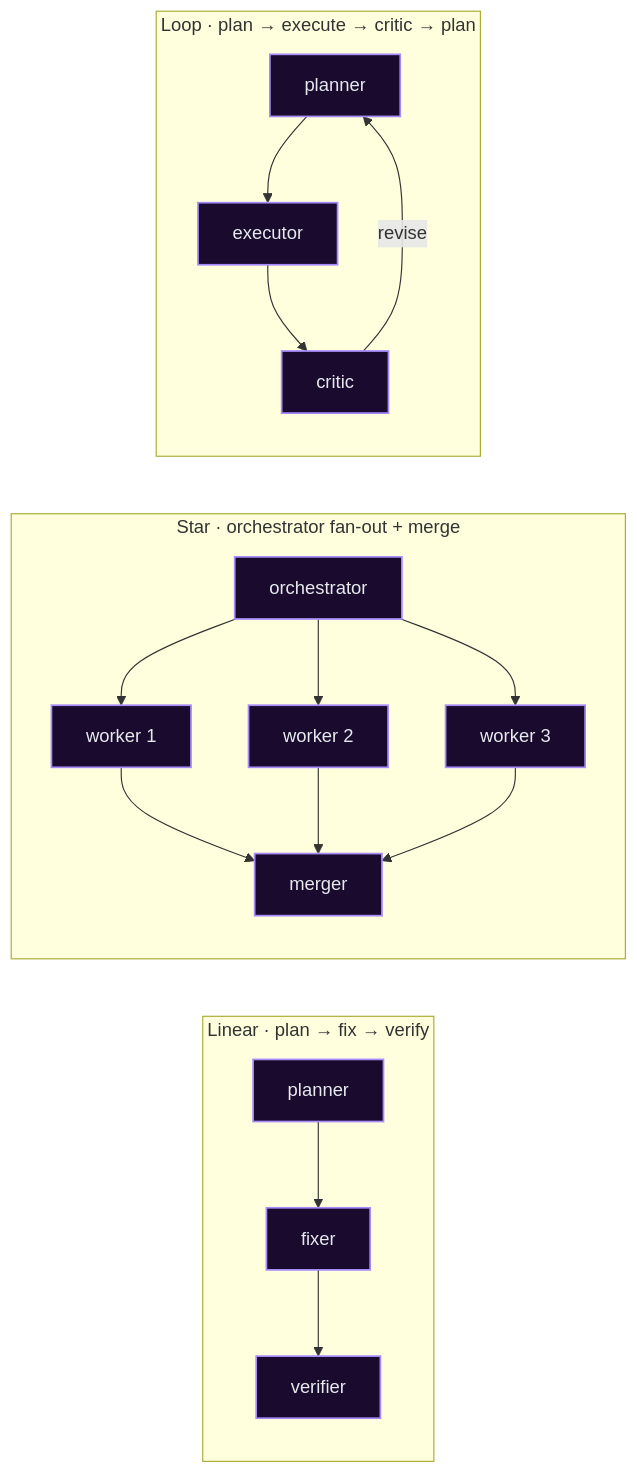
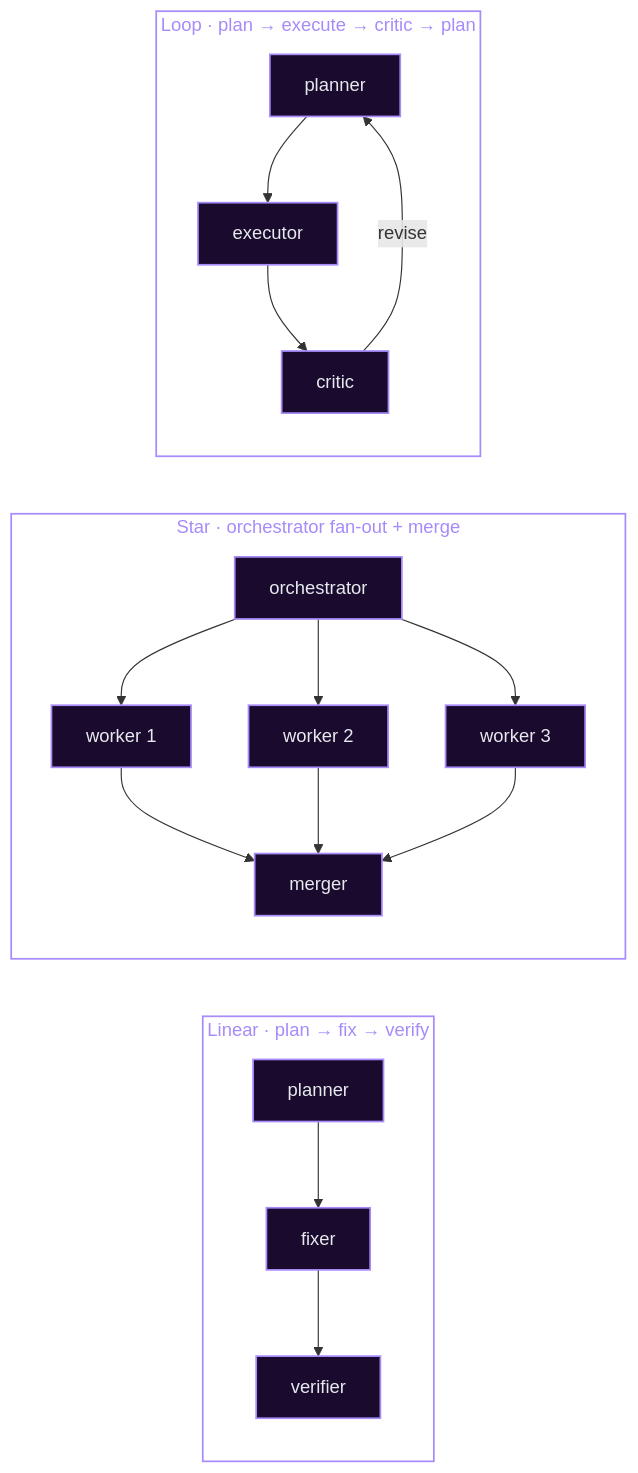
The third of 3 diagrams in README.md (AllStreets/SMADP), drawn with Mermaid before and after one commit. The commit also changed other lines of this file, not shown here.

First line of the commit message:
fix(readme): transparent mermaid subgraph backgrounds

````diff
--- a/README.md
+++ b/README.md
@@ -272,23 +280,28 @@
 ```mermaid
 graph LR
   classDef agent fill:#1a0b2e,stroke:#A78BFA,stroke-width:1.5px,color:#e6e9ee
 
   subgraph L["Linear · plan → fix → verify"]
     P[planner]:::agent --> F[fixer]:::agent --> V[verifier]:::agent
   end
 
   subgraph S["Star · orchestrator fan-out + merge"]
     O[orchestrator]:::agent --> A1[worker 1]:::agent
     O --> A2[worker 2]:::agent
     O --> A3[worker 3]:::agent
     A1 --> M[merger]:::agent
     A2 --> M
     A3 --> M
   end
 
   subgraph LP["Loop · plan → execute → critic → plan"]
     PL[planner]:::agent --> EX[executor]:::agent
     EX --> CR[critic]:::agent
     CR -->|revise| PL
   end
+
+  %% Transparent subgraph backgrounds (no yellow on GitHub light theme).
+  style L  fill:none,stroke:#A78BFA,stroke-width:1.5px,color:#A78BFA
+  style S  fill:none,stroke:#A78BFA,stroke-width:1.5px,color:#A78BFA
+  style LP fill:none,stroke:#A78BFA,stroke-width:1.5px,color:#A78BFA
 ```
````
